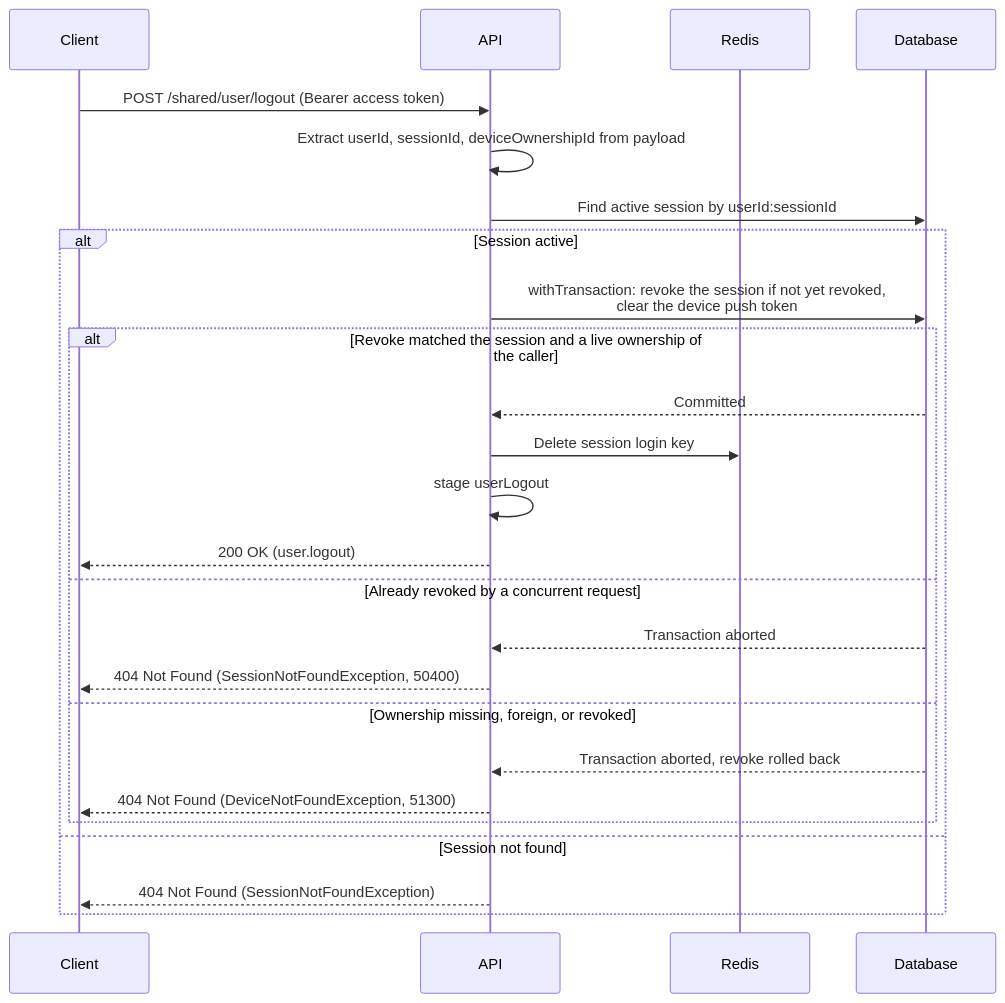
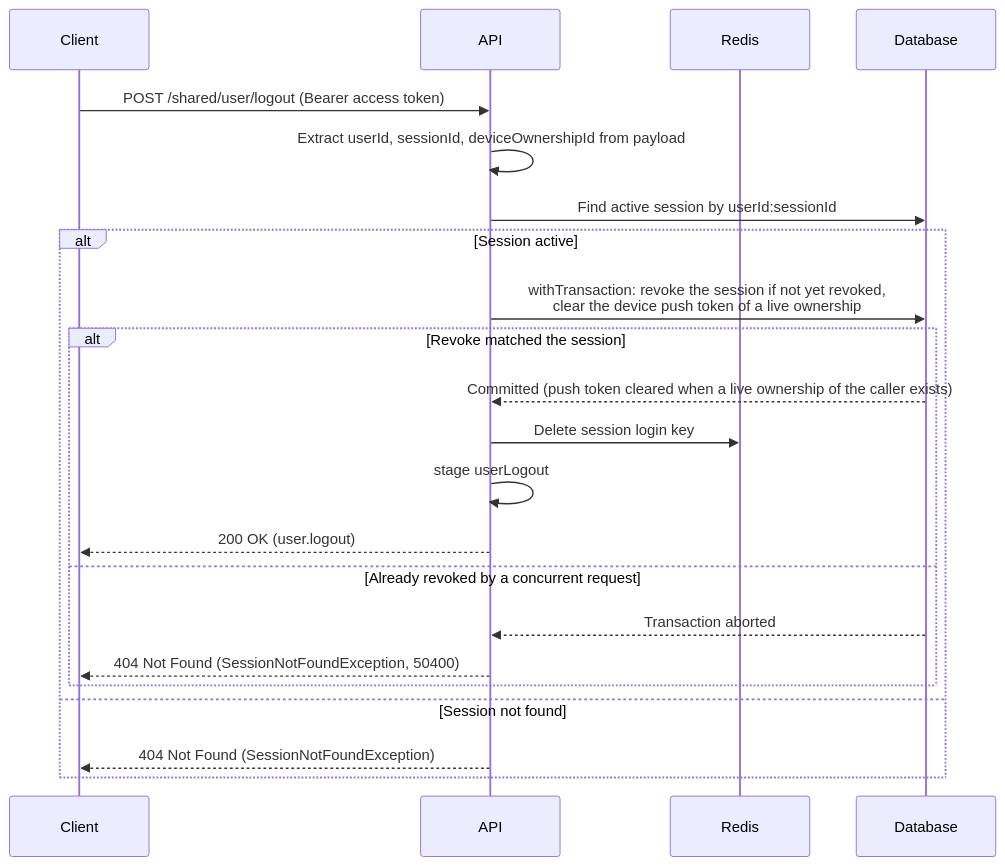
The fifth of 10 diagrams in docs/authentication.md (andrechristikan/ack-nestjs-boilerplate), drawn with Mermaid before and after one commit. The commit also changed other lines of this file and 35 other files, not shown here.

````diff
--- a/docs/authentication.md
+++ b/docs/authentication.md
@@ -410,28 +485,25 @@
 ```mermaid
 sequenceDiagram
     participant Client
     participant API
     participant Redis
     participant Database
 
     Client->>API: POST /shared/user/logout (Bearer access token)
     API->>API: Extract userId, sessionId, deviceOwnershipId from payload
     API->>Database: Find active session by userId:sessionId
     alt Session active
-        API->>Database: withTransaction: revoke the session if not yet revoked,<br/>clear the device push token
-        alt Revoke matched the session and a live ownership of the caller
-            Database-->>API: Committed
+        API->>Database: withTransaction: revoke the session if not yet revoked,<br/>clear the device push token of a live ownership
+        alt Revoke matched the session
+            Database-->>API: Committed (push token cleared when a live ownership of the caller exists)
             API->>Redis: Delete session login key
             API->>API: stage userLogout
             API-->>Client: 200 OK (user.logout)
         else Already revoked by a concurrent request
             Database-->>API: Transaction aborted
             API-->>Client: 404 Not Found (SessionNotFoundException, 50400)
-        else Ownership missing, foreign, or revoked
-            Database-->>API: Transaction aborted, revoke rolled back
-            API-->>Client: 404 Not Found (DeviceNotFoundException, 51300)
         end
     else Session not found
         API-->>Client: 404 Not Found (SessionNotFoundException)
     end
 ```
````
